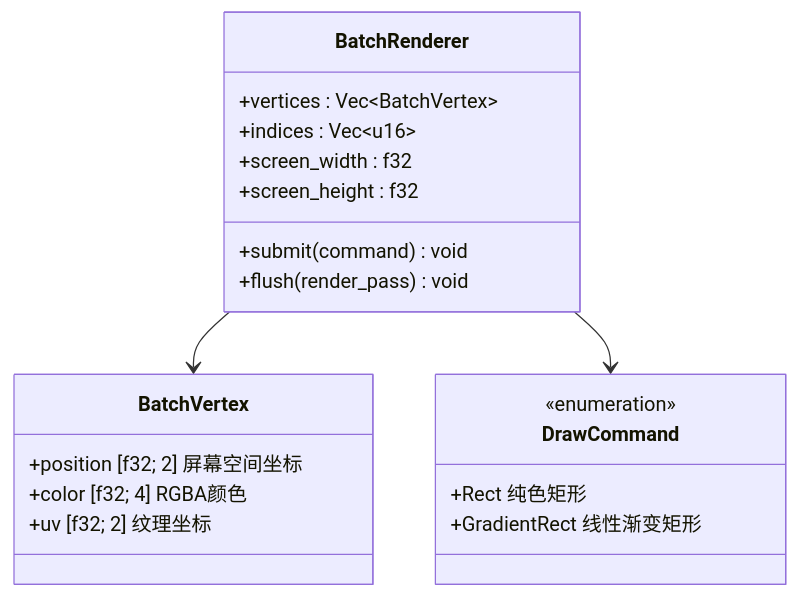
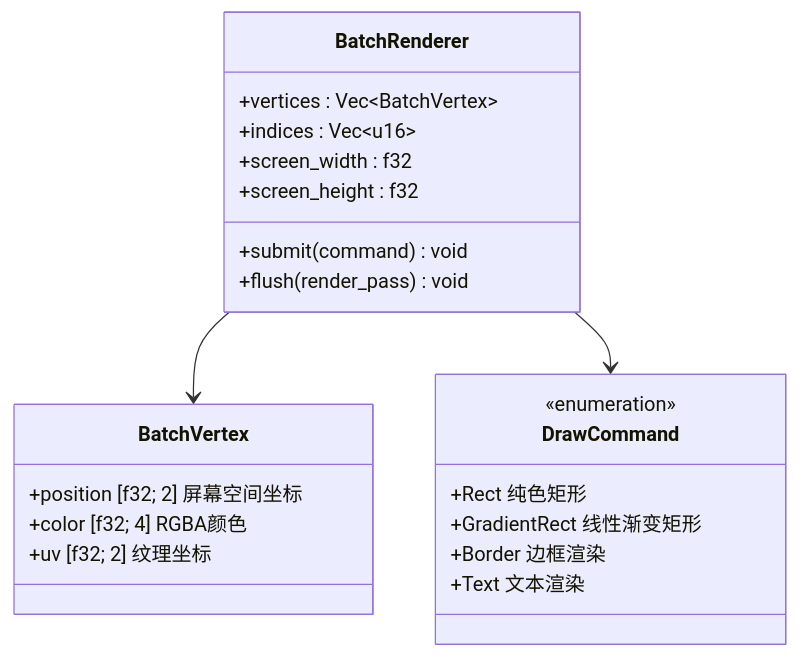
One commit to itszzl-sudo/iris changed the seventh of 32 diagrams in .qoder/repowiki/zh/content/技术架构详解/WebGPU渲染引擎/WebGPU渲染引擎.md. Above: the diagram before and after it, drawn with Mermaid. The commit also changed other lines of this file and 4 other files, not shown here.

````diff
--- a/.qoder/repowiki/zh/content/技术架构详解/WebGPU渲染引擎/WebGPU渲染引擎.md
+++ b/.qoder/repowiki/zh/content/技术架构详解/WebGPU渲染引擎/WebGPU渲染引擎.md
@@ -300,23 +336,25 @@
 ```mermaid
 classDiagram
 class BatchVertex {
 +position [f32; 2] 屏幕空间坐标
 +color [f32; 4] RGBA颜色
 +uv [f32; 2] 纹理坐标
 }
 class DrawCommand {
 <<enumeration>>
 +Rect 纯色矩形
 +GradientRect 线性渐变矩形
++Border 边框渲染
++Text 文本渲染
 }
 class BatchRenderer {
 +vertices : Vec~BatchVertex~
 +indices : Vec~u16~
 +screen_width : f32
 +screen_height : f32
 +submit(command) void
 +flush(render_pass) void
 }
 BatchRenderer --> BatchVertex
 BatchRenderer --> DrawCommand
 ```
````
